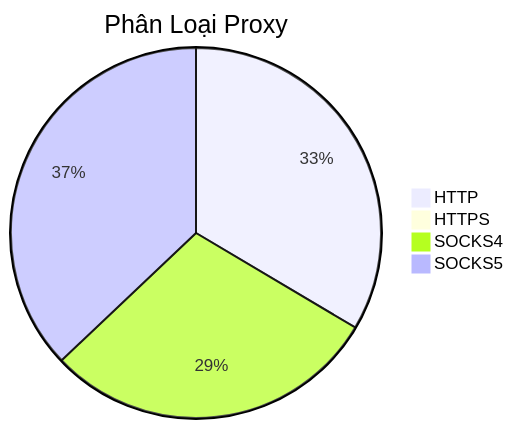
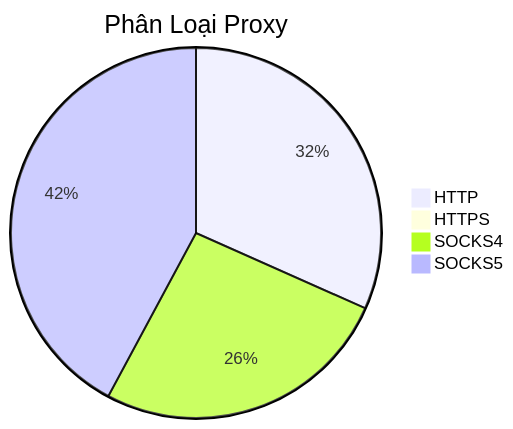
One commit to Ciara-12/PROXY-free changed the diagram in README.md. Above: the diagram before and after it, drawn with Mermaid. The commit also changed other lines of this file and 4 other files, not shown here.

````diff
--- a/README.md
+++ b/README.md
@@ -26,7 +26,7 @@
 ```mermaid
 pie title Phân Loại Proxy
-    "HTTP" : 350
-    "HTTPS" : 1
-    "SOCKS4" : 307
-    "SOCKS5" : 387
+    "HTTP" : 365
+    "HTTPS" : 0
+    "SOCKS4" : 302
+    "SOCKS5" : 486
 ```
````
